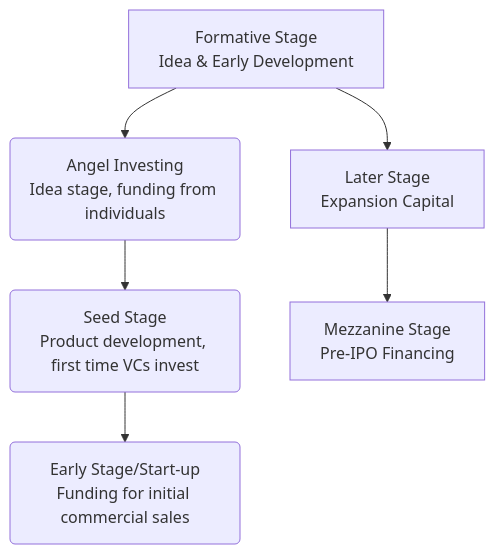
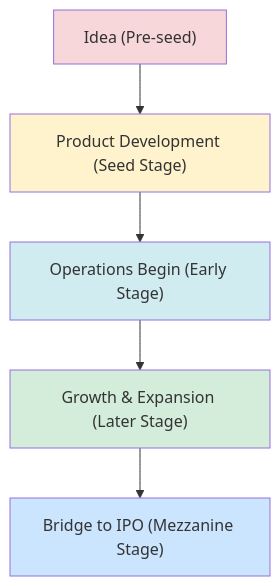
The diagram in docs/LOS/Alts/Reading 78.md (agarwalvipin/open_cfa), drawn with Mermaid before and after one commit. The commit also changed other lines of this file and 6 other files, not shown here.

````diff
--- a/docs/LOS/Alts/Reading 78.md
+++ b/docs/LOS/Alts/Reading 78.md
@@ -22,8 +37,13 @@
-    ```mermaid
-    graph TD;
-      A[Formative Stage<br/>Idea & Early Development] --> B(Angel Investing<br/>Idea stage, funding from individuals);
-      B --> C(Seed Stage<br/>Product development, first time VCs invest);
-      C --> D(Early Stage/Start-up<br/>Funding for initial commercial sales);
-      A --> E[Later Stage<br/>Expansion Capital];
-      E --> F[Mezzanine Stage<br/>Pre-IPO Financing];
-    ```
+```mermaid
+graph TD
+    A["Idea (Pre-seed)"] --> B["Product Development (Seed Stage)"]
+    B --> C["Operations Begin (Early Stage)"]
+    C --> D["Growth & Expansion (Later Stage)"]
+    D --> E["Bridge to IPO (Mezzanine Stage)"]
+
+    style A fill:#f8d7da
+    style B fill:#fff3cd
+    style C fill:#d1ecf1
+    style D fill:#d4edda
+    style E fill:#cce5ff
+```
````
